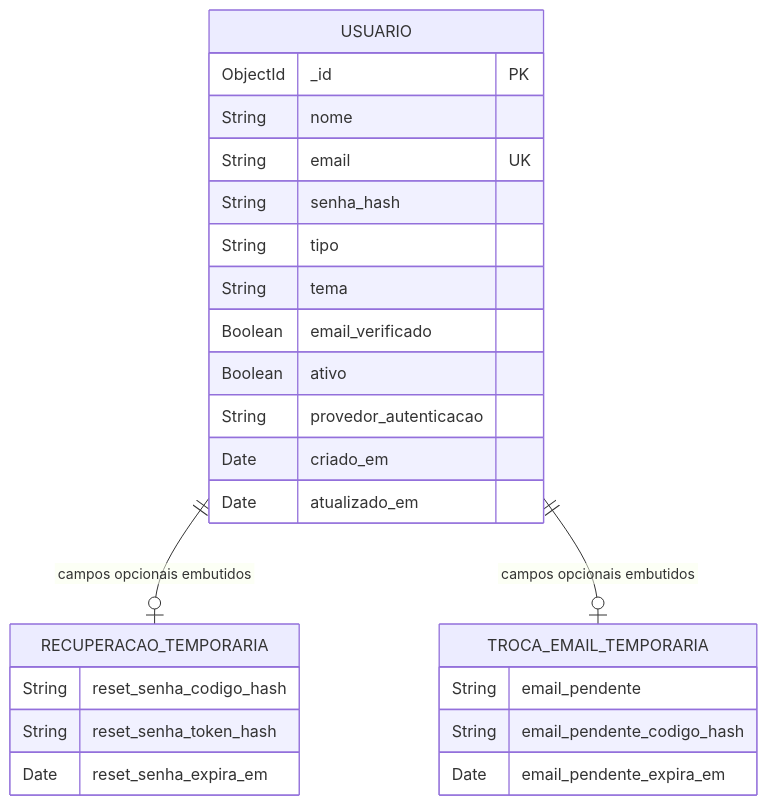
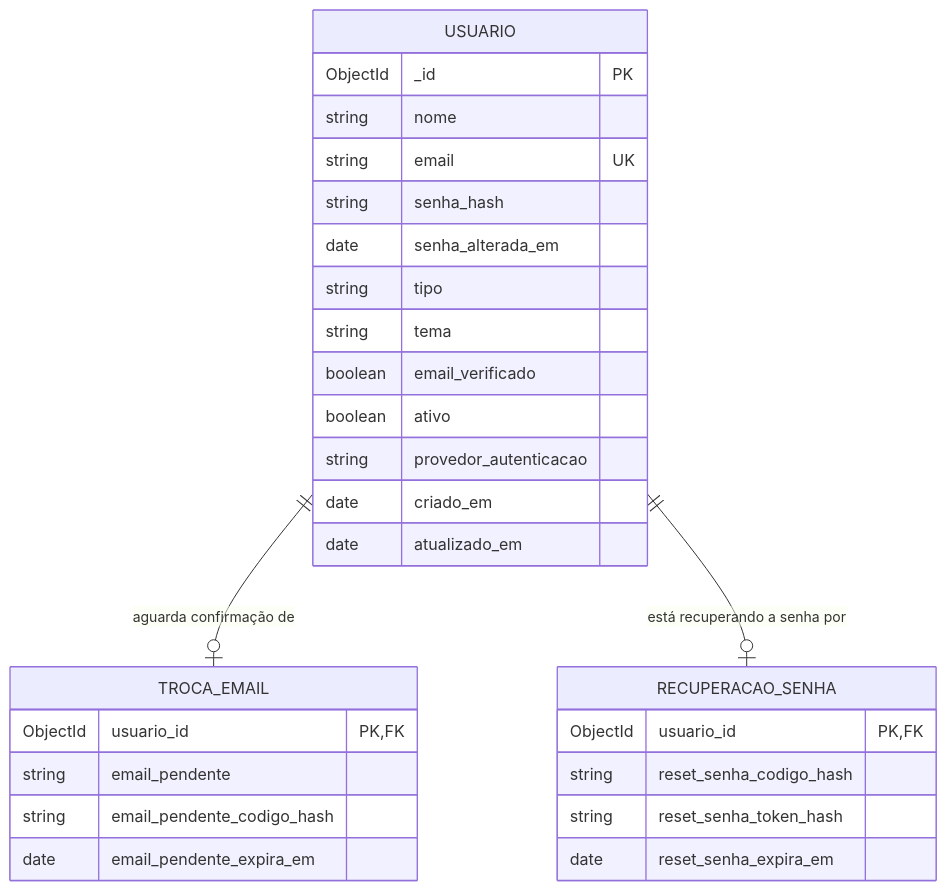
The diagram in 2 - Incremento1/configuracoes-usuario/4 - diagrama-relacional-configuracoes-usuario.md (Conecta-IFSP/DOCUMENTATION), drawn with Mermaid before and after one commit. The commit also changed other lines of this file and 54 other files, not shown here.

````diff
--- a/2 - Incremento1/configuracoes-usuario/4 - diagrama-relacional-configuracoes-usuario.md
+++ b/2 - Incremento1/configuracoes-usuario/4 - diagrama-relacional-configuracoes-usuario.md
@@ -11,28 +11,32 @@
 ```mermaid
 erDiagram
+    USUARIO ||--o| TROCA_EMAIL : "aguarda confirmação de"
+    USUARIO ||--o| RECUPERACAO_SENHA : "está recuperando a senha por"
+
     USUARIO {
         ObjectId _id PK
-        String nome
-        String email UK
-        String senha_hash
-        String tipo
-        String tema
-        Boolean email_verificado
-        Boolean ativo
-        String provedor_autenticacao
-        Date criado_em
-        Date atualizado_em
+        string nome
+        string email UK
+        string senha_hash
+        date senha_alterada_em
+        string tipo
+        string tema
+        boolean email_verificado
+        boolean ativo
+        string provedor_autenticacao
+        date criado_em
+        date atualizado_em
     }
-    RECUPERACAO_TEMPORARIA {
-        String reset_senha_codigo_hash
-        String reset_senha_token_hash
-        Date reset_senha_expira_em
+    TROCA_EMAIL {
+        ObjectId usuario_id PK,FK
+        string email_pendente
+        string email_pendente_codigo_hash
+        date email_pendente_expira_em
     }
-    TROCA_EMAIL_TEMPORARIA {
-        String email_pendente
-        String email_pendente_codigo_hash
-        Date email_pendente_expira_em
+    RECUPERACAO_SENHA {
+        ObjectId usuario_id PK,FK
+        string reset_senha_codigo_hash
+        string reset_senha_token_hash
+        date reset_senha_expira_em
     }
-    USUARIO ||--o| RECUPERACAO_TEMPORARIA : "campos opcionais embutidos"
-    USUARIO ||--o| TROCA_EMAIL_TEMPORARIA : "campos opcionais embutidos"
 ```
````
